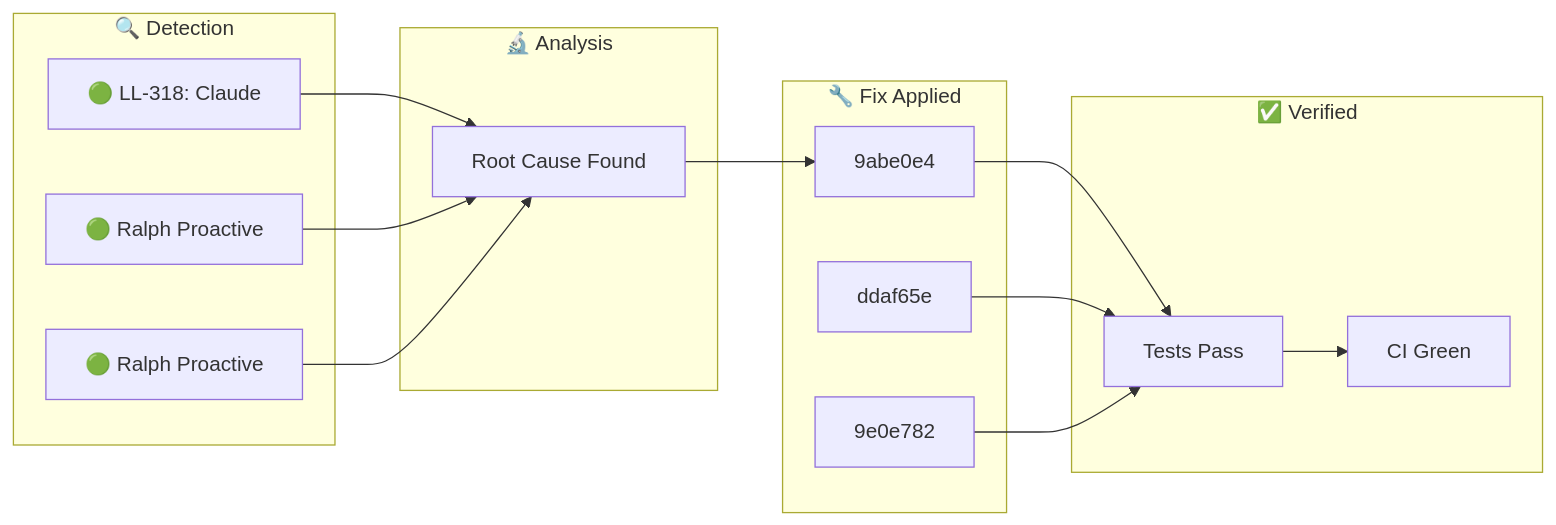
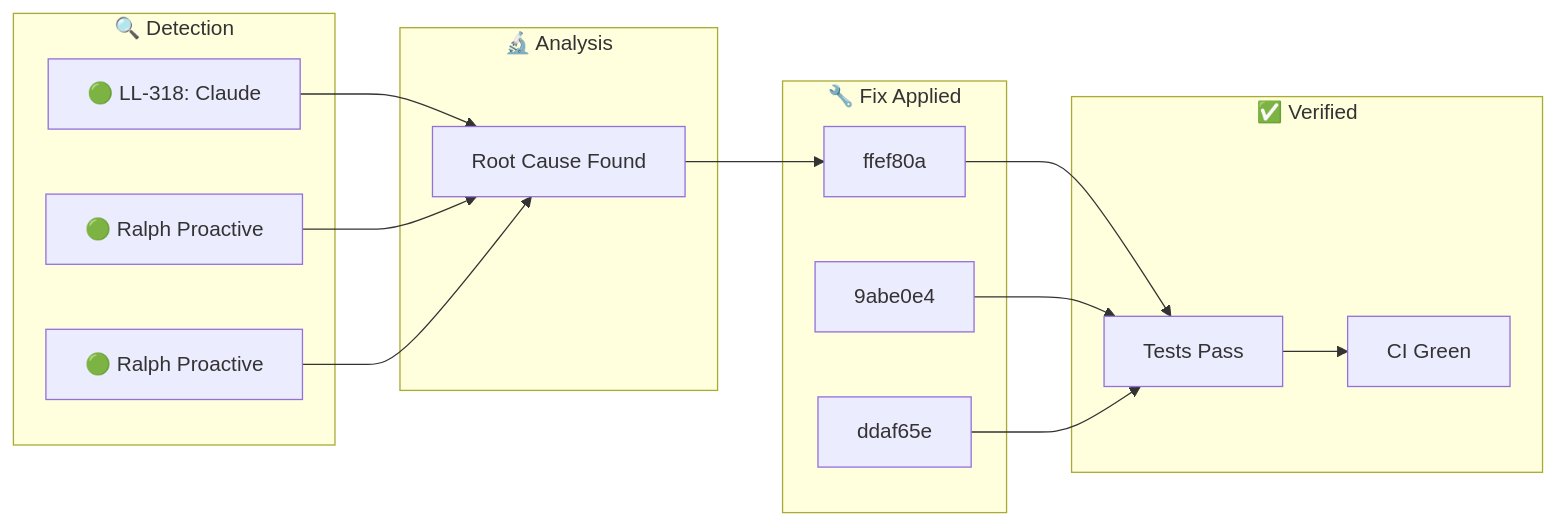
One commit to YoByron/trading changed the diagram in docs/_posts/2026-01-30-ralph-discovery.md. Above: the diagram before and after it, drawn with Mermaid. The commit also changed other lines of this file, not shown here.

Commit message:
docs(ralph): Auto-publish discovery blog post

````diff
--- a/docs/_posts/2026-01-30-ralph-discovery.md
+++ b/docs/_posts/2026-01-30-ralph-discovery.md
@@ -17,28 +17,28 @@
 ```mermaid
 flowchart LR
     subgraph Detection["🔍 Detection"]
         D1["🟢 LL-318: Claude "]
         D2["🟢 Ralph Proactive"]
         D3["🟢 Ralph Proactive"]
     end
     subgraph Analysis["🔬 Analysis"]
         A1["Root Cause Found"]
     end
     subgraph Fix["🔧 Fix Applied"]
-        F1["9abe0e4"]
-        F2["ddaf65e"]
-        F3["9e0e782"]
+        F1["ffef80a"]
+        F2["9abe0e4"]
+        F3["ddaf65e"]
     end
     subgraph Verify["✅ Verified"]
         V1["Tests Pass"]
         V2["CI Green"]
     end
     D1 --> A1
     D2 --> A1
     D3 --> A1
     A1 --> F1
     F1 --> V1
     F2 --> V1
     F3 --> V1
     V1 --> V2
 ```
````
